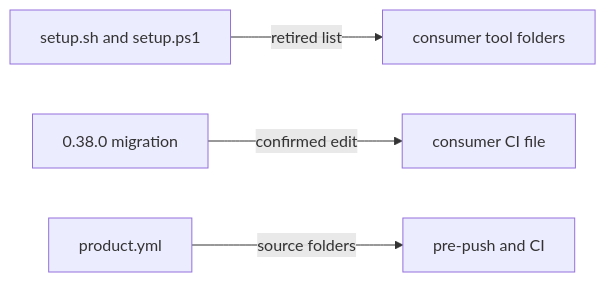
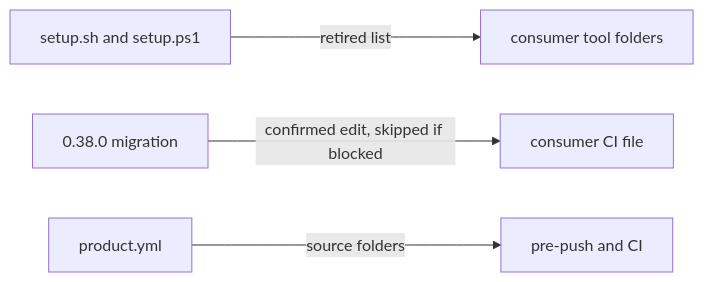
One commit to RAVINTIO/ravintio-framework changed the diagram in plan/current/execution-plan.md. Above: the diagram before and after it, drawn with Mermaid. The commit also changed 5 other files, not shown here.

Commit message:
plan(p5): resolve exception 001 with skipped-when-blocked CI edit

````diff
--- a/plan/current/execution-plan.md
+++ b/plan/current/execution-plan.md
@@ -73,6 +73,6 @@
 ```mermaid
 flowchart LR
     S[setup.sh and setup.ps1] -->|retired list| T[consumer tool folders]
-    M[0.38.0 migration] -->|confirmed edit| C[consumer CI file]
+    M[0.38.0 migration] -->|confirmed edit, skipped if blocked| C[consumer CI file]
     P[product.yml] -->|source folders| G[pre-push and CI]
 ```
````
